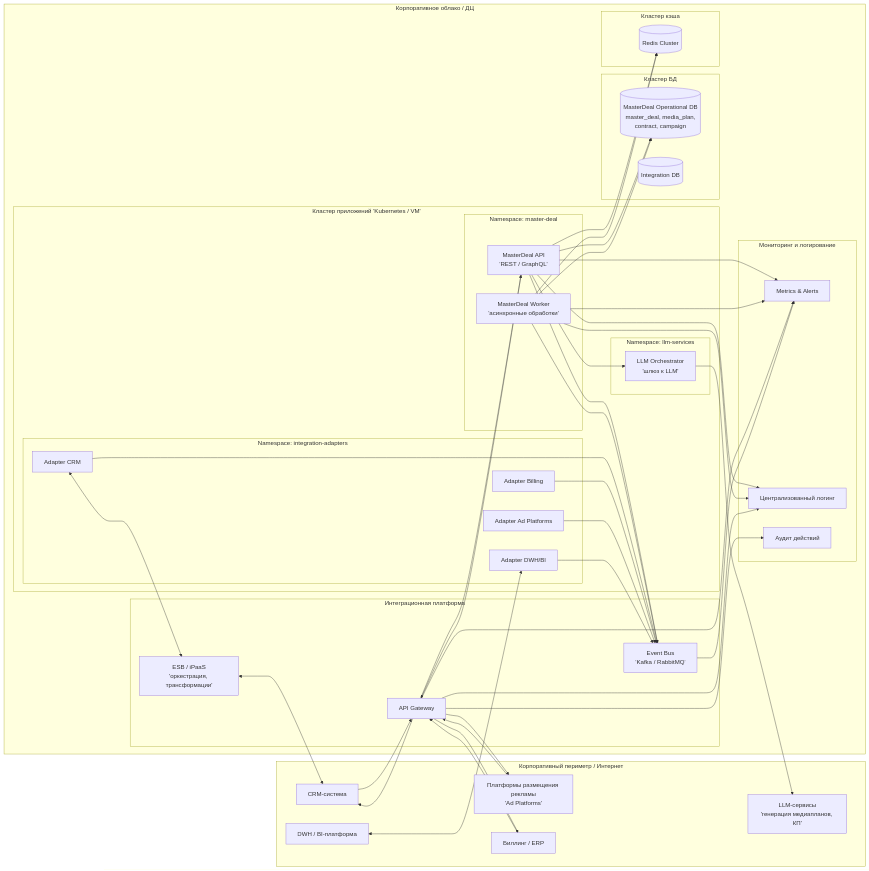
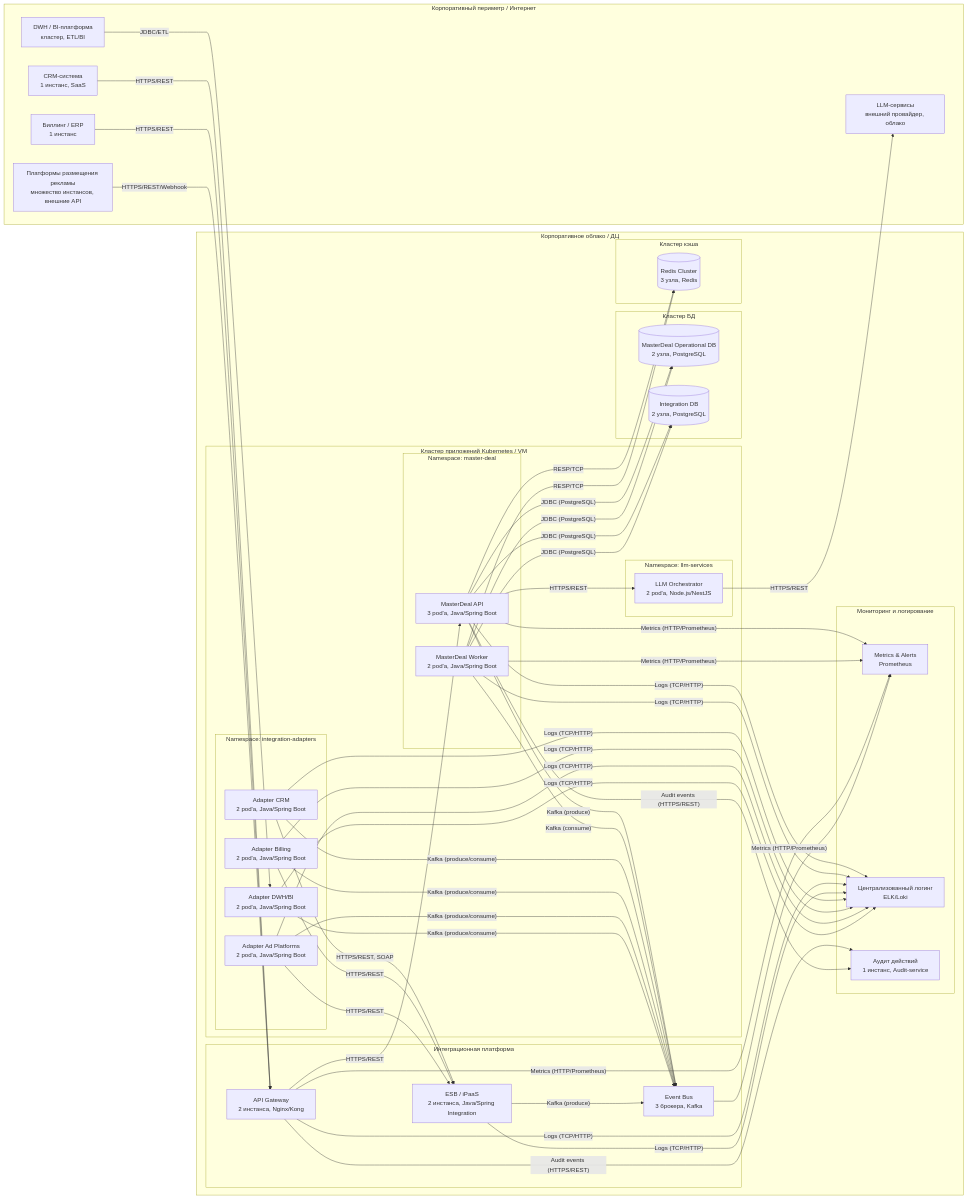
The diagram in coursework/14-deployment-diagram.md (EvgenijKobzar/mts-adtech-enterprise-architecture-aac), drawn with Mermaid before and after one commit. The commit also changed other lines of this file, not shown here.

Commit message:
14. Диаграмма развертывания - fix

````diff
--- a/coursework/14-deployment-diagram.md
+++ b/coursework/14-deployment-diagram.md
@@ -3,110 +3,119 @@
 ```mermaid
 flowchart LR
-  %% ================= Внешний периметр =================
-  subgraph INTERNET[Корпоративный периметр / Интернет]
-    CRM[CRM-система]
-    AD_PLATFORMS[Платформы размещения рекламы<br/>'Ad Platforms']
-    BILLING[Биллинг / ERP]
-    DWH_BI[DWH / BI-платформа]
-    LLM[LLM-сервисы<br/>'генерация медиапланов, КП']
-  end
+%% ================= Внешний периметр =================
+subgraph INTERNET[Корпоративный периметр / Интернет]
+CRM[CRM-система<br/>1 инстанс, SaaS]
+AD_PLATFORMS[Платформы размещения рекламы<br/>множество инстансов, внешние API]
+BILLING[Биллинг / ERP<br/>1 инстанс]
+DWH_BI[DWH / BI-платформа<br/>кластер, ETL/BI]
+LLM[LLM-сервисы<br/>внешний провайдер, облако]
+end
 
-  %% ================= Корпоративное облако / ДЦ =================
-  subgraph DC[Корпоративное облако / ДЦ]
+%% ================= Корпоративное облако / ДЦ =================
+subgraph DC[Корпоративное облако / ДЦ]
 
-    %% ---- Интеграционный слой ----
-    subgraph INTEGRATION[Интеграционная платформа]
-      APIGW[API Gateway]
-      ESB[ESB / iPaaS<br/>'оркестрация, трансформации']
-      EVENTBUS[Event Bus<br/>'Kafka / RabbitMQ']
-    end
+%% ---- Интеграционный слой ----
+subgraph INTEGRATION[Интеграционная платформа]
+APIGW[API Gateway<br/>2 инстанса, Nginx/Kong]
+ESB[ESB / iPaaS<br/>2 инстанса, Java/Spring Integration]
+EVENTBUS[Event Bus<br/>3 брокера, Kafka]
+end
 
-    %% ---- Кластер приложений ----
-    subgraph APP_CLUSTER[Кластер приложений 'Kubernetes / VM']
+%% ---- Кластер приложений ----
+subgraph APP_CLUSTER[Кластер приложений Kubernetes / VM]
 
-      subgraph NS_MD[Namespace: master-deal]
-        MD_API[MasterDeal API<br/>'REST / GraphQL']
-        MD_WORKER[MasterDeal Worker<br/>'асинхронные обработки']
-      end
+subgraph NS_MD[Namespace: master-deal]
+MD_API[MasterDeal API<br/>3 pod'а, Java/Spring Boot]
+MD_WORKER[MasterDeal Worker<br/>2 pod'а, Java/Spring Boot]
+end
 
-      subgraph NS_ADAPTERS[Namespace: integration-adapters]
-        ADAPTER_CRM[Adapter CRM]
-        ADAPTER_BILL[Adapter Billing]
-        ADAPTER_AD[Adapter Ad Platforms]
-        ADAPTER_DWH[Adapter DWH/BI]
-      end
+subgraph NS_ADAPTERS[Namespace: integration-adapters]
+ADAPTER_CRM[Adapter CRM<br/>2 pod'а, Java/Spring Boot]
+ADAPTER_BILL[Adapter Billing<br/>2 pod'а, Java/Spring Boot]
+ADAPTER_AD[Adapter Ad Platforms<br/>2 pod'а, Java/Spring Boot]
+ADAPTER_DWH[Adapter DWH/BI<br/>2 pod'а, Java/Spring Boot]
+end
 
-      subgraph NS_LLM[Namespace: llm-services]
-        LLM_ORCH[LLM Orchestrator<br/>'шлюз к LLM']
-      end
+subgraph NS_LLM[Namespace: llm-services]
+LLM_ORCH[LLM Orchestrator<br/>2 pod'а, Node.js/NestJS]
+end
 
-    end
+end
 
-    %% ---- Хранилища ----
-    subgraph DB_CLUSTER[Кластер БД]
-      MD_DB[(MasterDeal Operational DB<br/>master_deal, media_plan,<br/>contract, campaign)]
-      INT_DB[(Integration DB)]
-    end
+%% ---- Хранилища ----
+subgraph DB_CLUSTER[Кластер БД]
+MD_DB[(MasterDeal Operational DB<br/>2 узла, PostgreSQL)]
+INT_DB[(Integration DB<br/>2 узла, PostgreSQL)]
+end
 
-    subgraph CACHE_CLUSTER[Кластер кэша]
-      REDIS[(Redis Cluster)]
-    end
+subgraph CACHE_CLUSTER[Кластер кэша]
+REDIS[(Redis Cluster<br/>3 узла, Redis)]
+end
 
-    %% ---- Наблюдаемость ----
-    subgraph OBS[Мониторинг и логирование]
-      METRICS[Metrics & Alerts]
-      LOGS[Централизованный логинг]
-      AUDIT[Аудит действий]
-    end
+%% ---- Наблюдаемость ----
+subgraph OBS[Мониторинг и логирование]
+METRICS[Metrics & Alerts<br/>Prometheus]
+LOGS[Централизованный логинг<br/>ELK/Loki]
+AUDIT[Аудит действий<br/>1 инстанс, Audit-service]
+end
 
-  end
+end
 
-  %% ================= Связи с внешними системами =================
-  CRM --> APIGW
-  APIGW --> CRM
+%% ================= Связи с внешними системами (в одну сторону) =================
+CRM -- "HTTPS/REST" --> APIGW
+BILLING -- "HTTPS/REST" --> APIGW
+AD_PLATFORMS -- "HTTPS/REST/Webhook" --> APIGW
+DWH_BI -- "JDBC/ETL" --> ADAPTER_DWH
+LLM_ORCH -- "HTTPS/REST" --> LLM
 
-  BILLING --> APIGW
-  APIGW --> BILLING
+%% ================= Внутренние связи (основные, однонаправленные) =================
+%% Внешние вызовы к MasterDeal
+APIGW -- "HTTPS/REST" --> MD_API
 
-  AD_PLATFORMS --> APIGW
-  APIGW --> AD_PLATFORMS
+%% Доступ к БД и кэшу
+MD_API -- "JDBC (PostgreSQL)" --> MD_DB
+MD_WORKER -- "JDBC (PostgreSQL)" --> MD_DB
 
-  DWH_BI <---> ADAPTER_DWH
+MD_API -- "JDBC (PostgreSQL)" --> INT_DB
+MD_WORKER -- "JDBC (PostgreSQL)" --> INT_DB
 
-  LLM_ORCH --> LLM
+MD_API -- "RESP/TCP" --> REDIS
+MD_WORKER -- "RESP/TCP" --> REDIS
 
-  %% ================= Внутренние связи (основные) =================
-  APIGW --> MD_API
-  MD_API --> APIGW
+%% Событийное взаимодействие (prod/consume)
+MD_API -- "Kafka (produce)" --> EVENTBUS
+MD_WORKER -- "Kafka (consume)" --> EVENTBUS
 
-  MD_API --> MD_DB
-  MD_WORKER --> MD_DB
+ADAPTER_CRM -- "HTTPS/REST, SOAP" --> ESB
+ADAPTER_BILL -- "HTTPS/REST" --> ESB
+ADAPTER_AD -- "HTTPS/REST" --> ESB
 
-  MD_API --> REDIS
-  MD_WORKER --> REDIS
+ESB -- "Kafka (produce)" --> EVENTBUS
+ADAPTER_CRM -- "Kafka (produce/consume)" --> EVENTBUS
+ADAPTER_BILL -- "Kafka (produce/consume)" --> EVENTBUS
+ADAPTER_AD -- "Kafka (produce/consume)" --> EVENTBUS
+ADAPTER_DWH -- "Kafka (produce/consume)" --> EVENTBUS
 
-  MD_API --> EVENTBUS
-  MD_WORKER --> EVENTBUS
+%% Вызов LLM через оркестратор
+MD_API -- "HTTPS/REST" --> LLM_ORCH
 
-  ADAPTER_CRM <---> ESB
-  ESB <---> CRM
+%% ================= Наблюдаемость (push-модель, тоже однонаправленно) =================
+MD_API -- "Metrics (HTTP/Prometheus)" --> METRICS
+MD_WORKER -- "Metrics (HTTP/Prometheus)" --> METRICS
+APIGW -- "Metrics (HTTP/Prometheus)" --> METRICS
+EVENTBUS -- "Metrics (HTTP/Prometheus)" --> METRICS
 
-  ADAPTER_CRM --> EVENTBUS
-  ADAPTER_BILL --> EVENTBUS
-  ADAPTER_AD --> EVENTBUS
-  ADAPTER_DWH --> EVENTBUS
+MD_API -- "Logs (TCP/HTTP)" --> LOGS
+MD_WORKER -- "Logs (TCP/HTTP)" --> LOGS
+APIGW -- "Logs (TCP/HTTP)" --> LOGS
+ESB -- "Logs (TCP/HTTP)" --> LOGS
+ADAPTER_CRM -- "Logs (TCP/HTTP)" --> LOGS
+ADAPTER_BILL -- "Logs (TCP/HTTP)" --> LOGS
+ADAPTER_AD -- "Logs (TCP/HTTP)" --> LOGS
+ADAPTER_DWH -- "Logs (TCP/HTTP)" --> LOGS
 
-  MD_API --> LLM_ORCH
+APIGW -- "Audit events (HTTPS/REST)" --> AUDIT
+MD_API -- "Audit events (HTTPS/REST)" --> AUDIT
 
-  %% ================= Наблюдаемость =================
-  MD_API --> LOGS
-  MD_WORKER --> LOGS
-  APIGW --> LOGS
 
-  MD_API --> METRICS
-  MD_WORKER --> METRICS
-  APIGW --> METRICS
-  EVENTBUS --> METRICS
-
-  APIGW --> AUDIT
 ```
````
